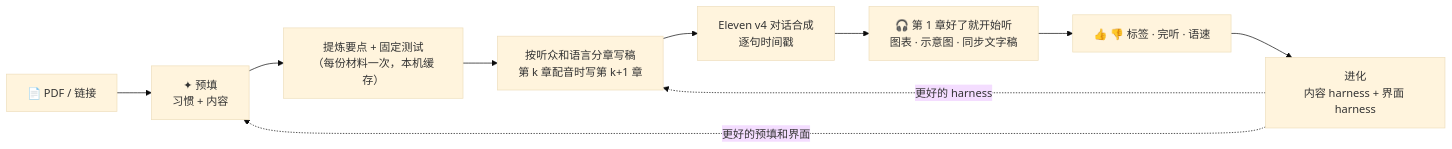
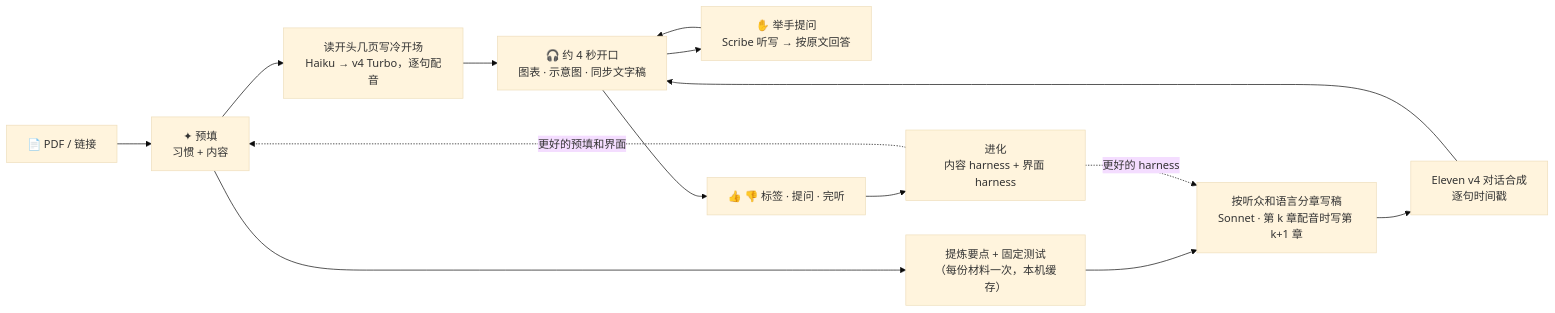
One commit to LittleA-Agentic-RL-Harness/evocast changed the diagram in README.zh-CN.md. Above: the diagram before and after it, drawn with Mermaid (base theme). The commit also changed other lines of this file and 75 other files, not shown here.

````diff
--- a/README.zh-CN.md
+++ b/README.zh-CN.md
@@ -77,12 +81,16 @@
 ```mermaid
 flowchart LR
   A["📄 PDF / 链接"] --> P["✦ 预填<br/>习惯 + 内容"]
+  P --> O["读开头几页写冷开场<br/>Haiku → v4 Turbo，逐句配音"]
   P --> B["提炼要点 + 固定测试<br/>（每份材料一次，本机缓存）"]
-  B --> S["按听众和语言分章写稿<br/>第 k 章配音时写第 k+1 章"]
+  O --> L
+  B --> S["按听众和语言分章写稿<br/>Sonnet · 第 k 章配音时写第 k+1 章"]
   S --> T["Eleven v4 对话合成<br/>逐句时间戳"]
-  T --> L["🎧 第 1 章好了就开始听<br/>图表 · 示意图 · 同步文字稿"]
-  L --> F["👍 👎 标签 · 完听 · 语速"]
+  T --> L["🎧 约 4 秒开口<br/>图表 · 示意图 · 同步文字稿"]
+  L --> H["✋ 举手提问<br/>Scribe 听写 → 按原文回答"]
+  H --> L
+  L --> F["👍 👎 标签 · 提问 · 完听"]
   F --> E["进化<br/>内容 harness + 界面 harness"]
   E -. 更好的 harness .-> S
   E -. 更好的预填和界面 .-> P
 ```
````
